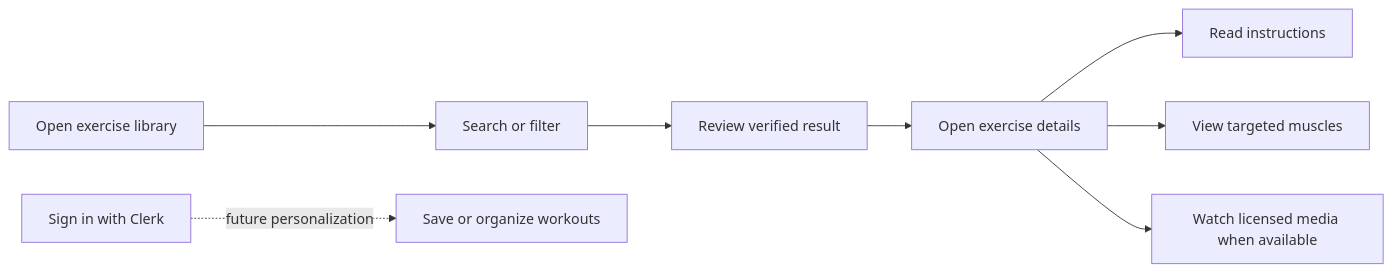
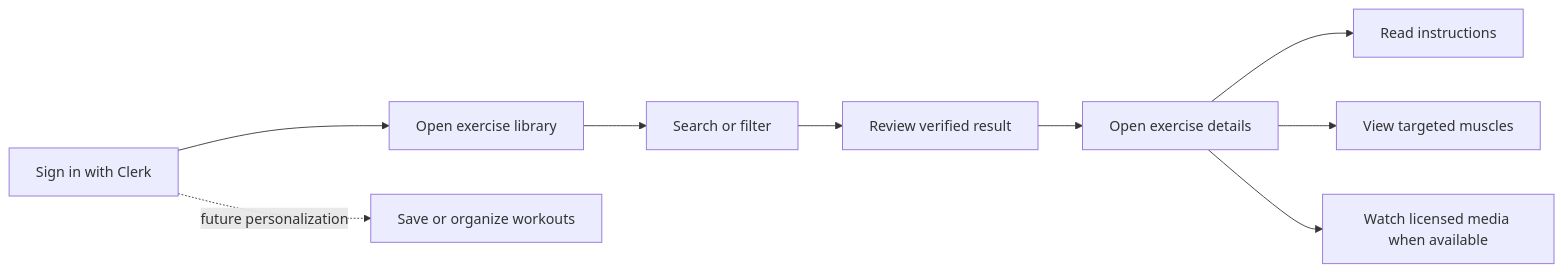
Before and after one commit to kajugadaniels/exercise: the first of 2 diagrams in README.md, drawn with Mermaid. The commit also changed other lines of this file, not shown here.

Commit message:
(docs): document authenticated application flow

````diff
--- a/README.md
+++ b/README.md
@@ -82,10 +82,11 @@
 ```mermaid
 flowchart LR
-  A[Open exercise library] --> B[Search or filter]
+  S[Sign in with Clerk] --> A[Open exercise library]
+  A --> B[Search or filter]
   B --> C[Review verified result]
   C --> D[Open exercise details]
   D --> E[Read instructions]
   D --> F[View targeted muscles]
   D --> G[Watch licensed media when available]
-  H[Sign in with Clerk] -. future personalization .-> I[Save or organize workouts]
+  S -. future personalization .-> I[Save or organize workouts]
 ```
````
